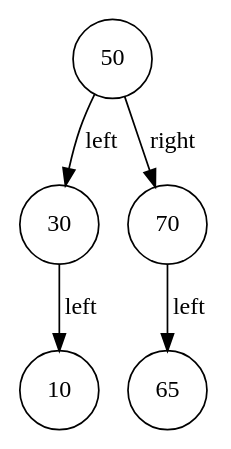
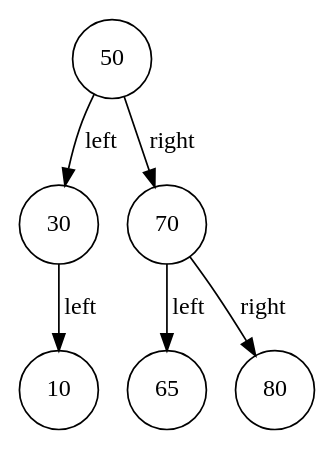
The diagram in tree/bst/bst_visual_log/bst_4.dot (fl4cko11/Huawei_MIPT), drawn with Graphviz before and after one commit. The commit also changed 17 other files, not shown here.

```diff
--- a/tree/bst/bst_visual_log/bst_4.dot
+++ b/tree/bst/bst_visual_log/bst_4.dot
@@ -1,7 +1,8 @@
 digraph BST {
     node [shape=circle];
     50 -> 30 [label="left"];
     50 -> 70 [label="right"];
     30 -> 10 [label="left"];
     70 -> 65 [label="left"];
+    70 -> 80 [label="right"];
 }
```
